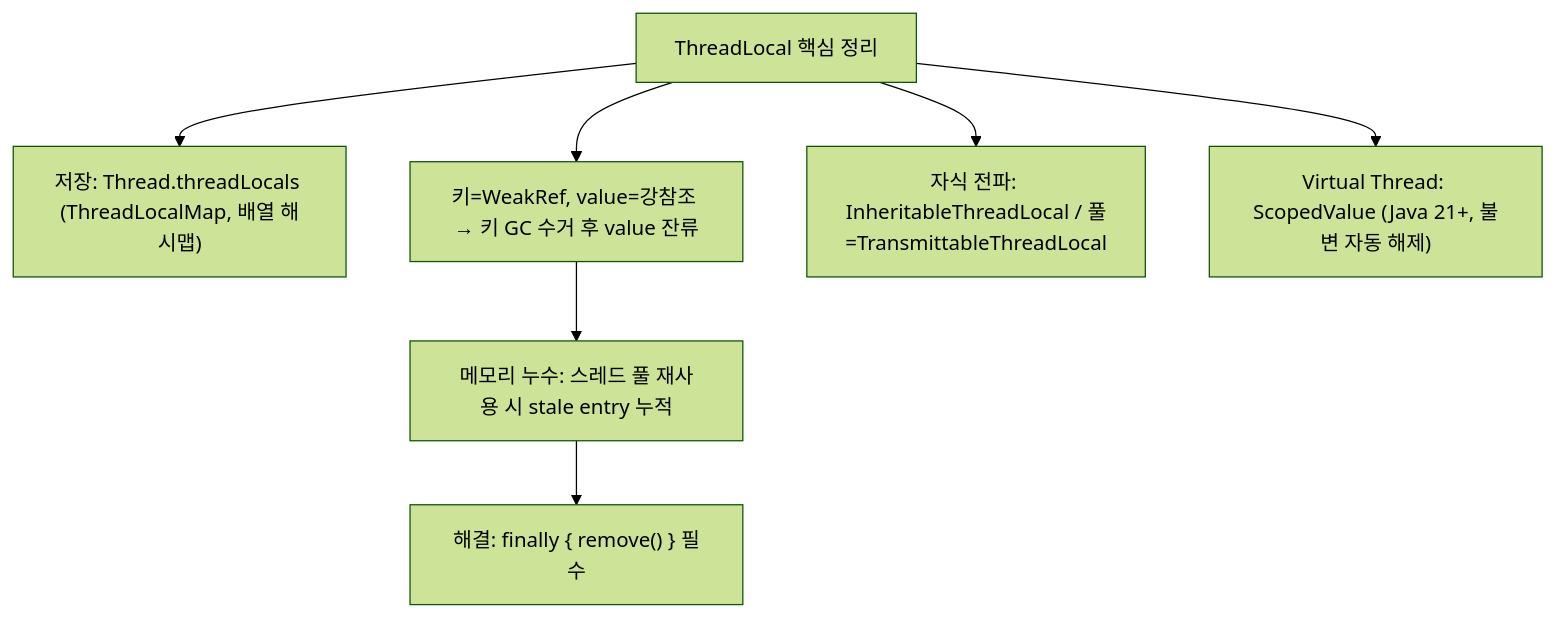
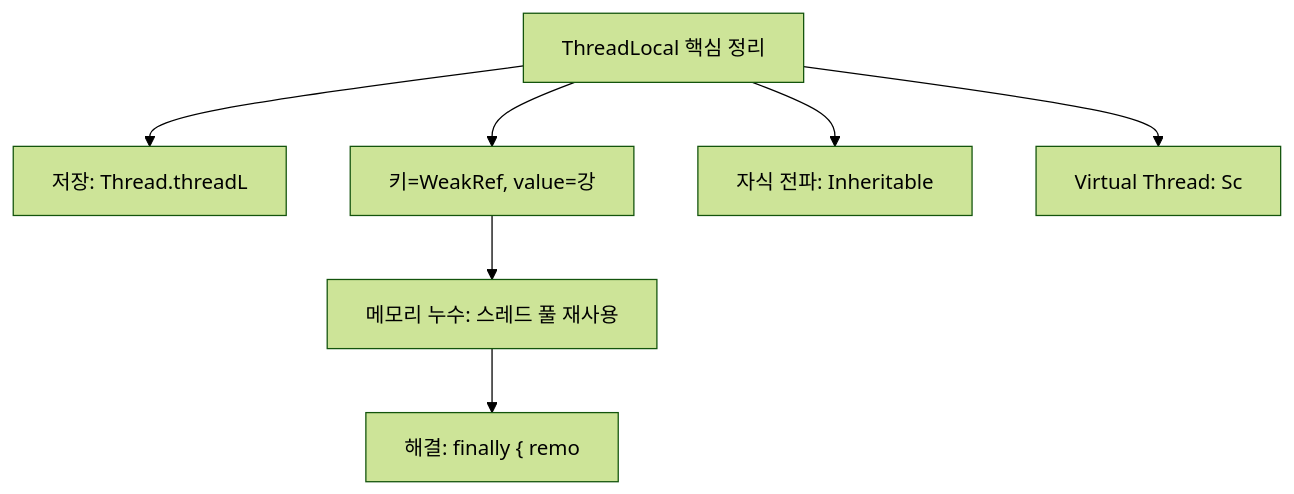
The fifth of 5 diagrams in _posts/java/2026-05-01-java-threadlocal.md (yjkim2015/yjkim2015.github.io), drawn with Mermaid (forest theme) before and after one commit. The commit also changed other lines of this file and 271 other files, not shown here.

First line of the commit message:
Mermaid 라벨 축소: 긴 노드 텍스트 18자 이하로 트림 + \n 제거

````diff
--- a/_posts/java/2026-05-01-java-threadlocal.md
+++ b/_posts/java/2026-05-01-java-threadlocal.md
@@ -705,10 +705,10 @@
 ```mermaid
 graph TD
     TL["ThreadLocal 핵심 정리"]
-    TL --> STORAGE["저장: Thread.threadLocals (ThreadLocalMap, 배열 해시맵)"]
-    TL --> WEAKREF["키=WeakRef, value=강참조 → 키 GC 수거 후 value 잔류"]
-    WEAKREF --> LEAK["메모리 누수: 스레드 풀 재사용 시 stale entry 누적"]
-    LEAK --> FIX["해결: finally { remove() } 필수"]
-    TL --> INHERIT["자식 전파: InheritableThreadLocal / 풀=TransmittableThreadLocal"]
-    TL --> VTHREAD["Virtual Thread: ScopedValue (Java 21+, 불변 자동 해제)"]
+    TL --> STORAGE["저장: Thread.threadL"]
+    TL --> WEAKREF["키=WeakRef, value=강"]
+    WEAKREF --> LEAK["메모리 누수: 스레드 풀 재사용"]
+    LEAK --> FIX["해결: finally { remo"]
+    TL --> INHERIT["자식 전파: Inheritable"]
+    TL --> VTHREAD["Virtual Thread: Sc"]
 ```
````
